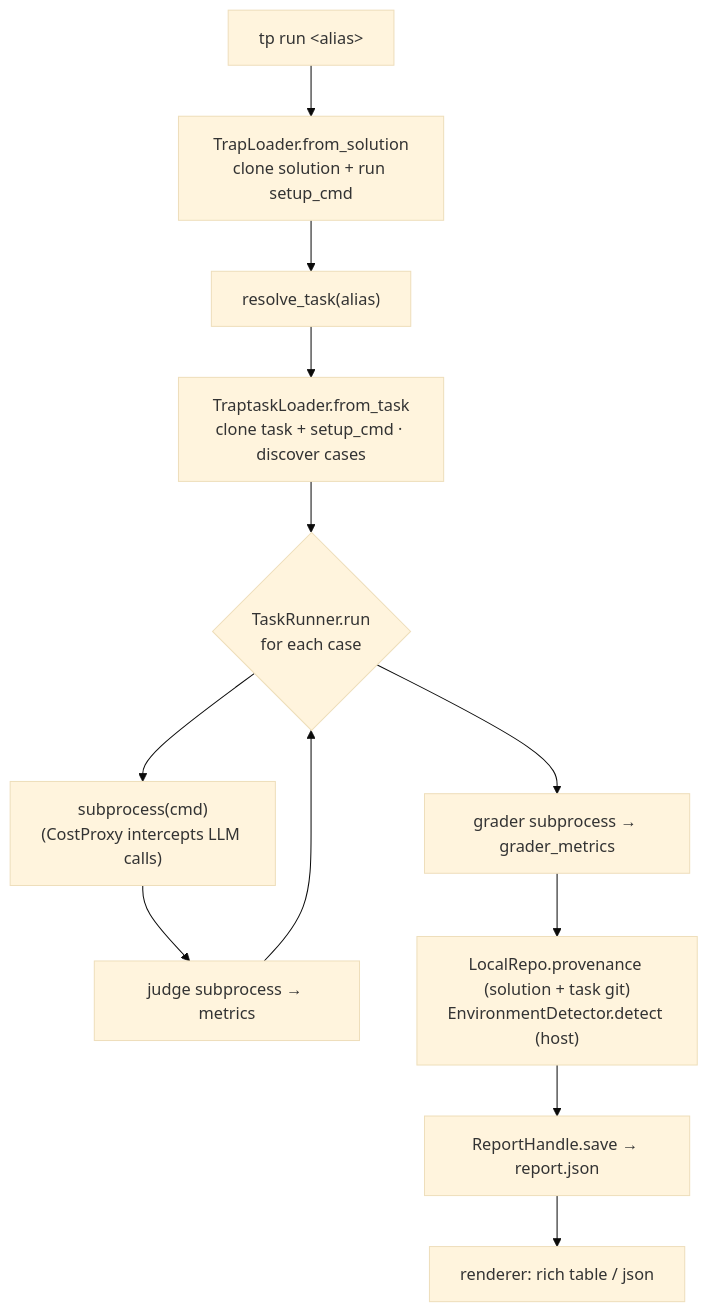
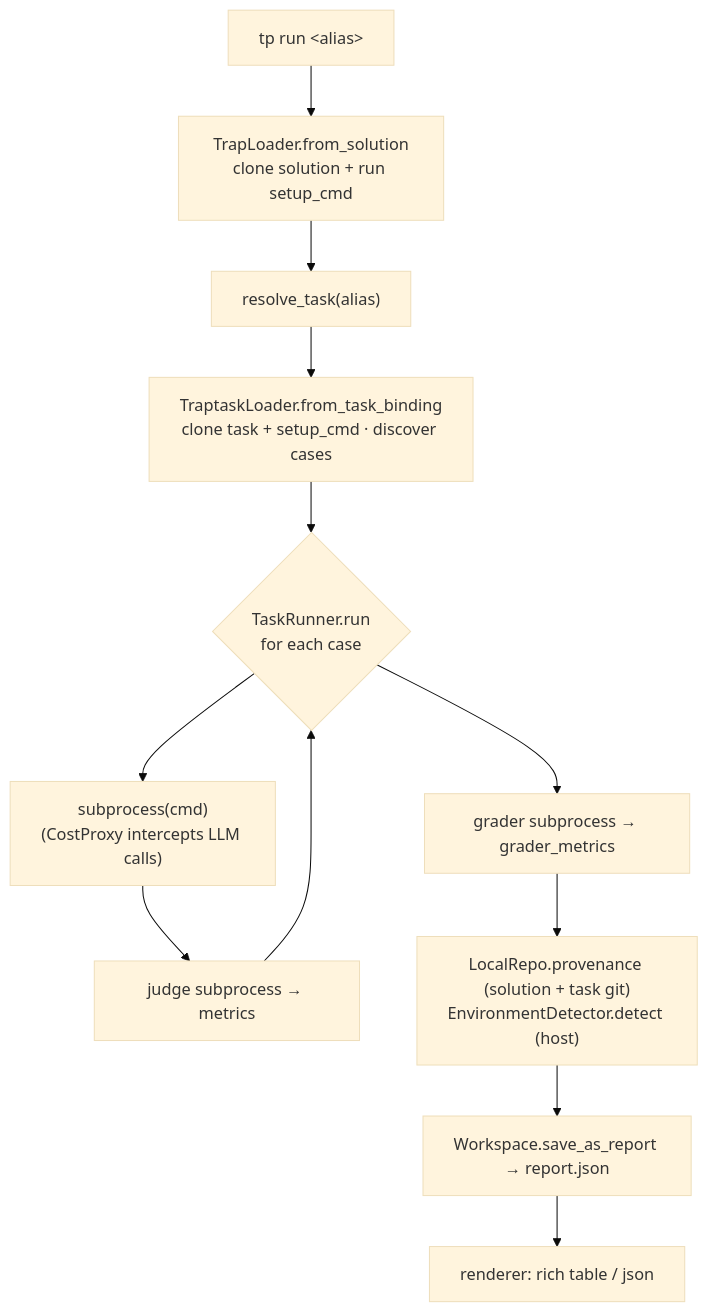
Before and after one commit to trapstreet/trap: the second of 3 diagrams in docs/code-map.md, drawn with Mermaid (base theme). The commit also changed other lines of this file and 15 other files, not shown here.

````diff
--- a/docs/code-map.md
+++ b/docs/code-map.md
@@ -67,14 +73,14 @@
 ```mermaid
 flowchart TD
     A["tp run &lt;alias&gt;"] --> B["TrapLoader.from_solution<br/>clone solution + run setup_cmd"]
     B --> C["resolve_task(alias)"]
-    C --> D["TraptaskLoader.from_task<br/>clone task + setup_cmd · discover cases"]
+    C --> D["TraptaskLoader.from_task_binding<br/>clone task + setup_cmd · discover cases"]
     D --> E{"TaskRunner.run<br/>for each case"}
     E --> F["subprocess(cmd)<br/>(CostProxy intercepts LLM calls)"]
     F --> G["judge subprocess → metrics"]
     G --> E
     E --> H["grader subprocess → grader_metrics"]
     H --> P["LocalRepo.provenance (solution + task git)<br/>EnvironmentDetector.detect (host)"]
-    P --> S["ReportHandle.save → report.json"]
+    P --> S["Workspace.save_as_report → report.json"]
     S --> R["renderer: rich table / json"]
 ```
````
